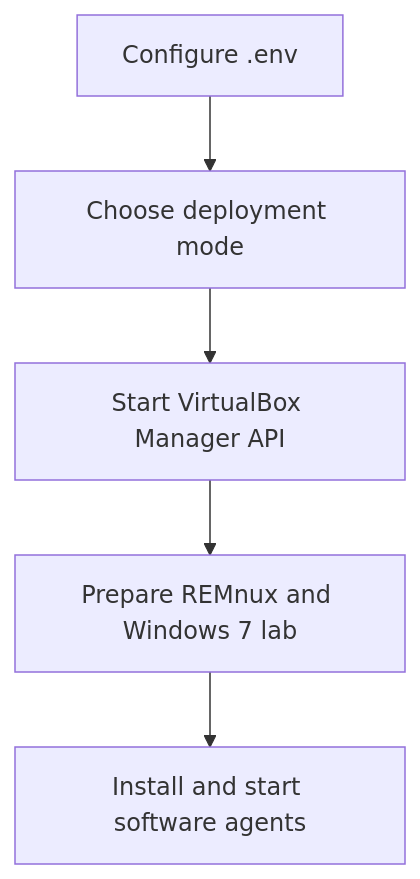
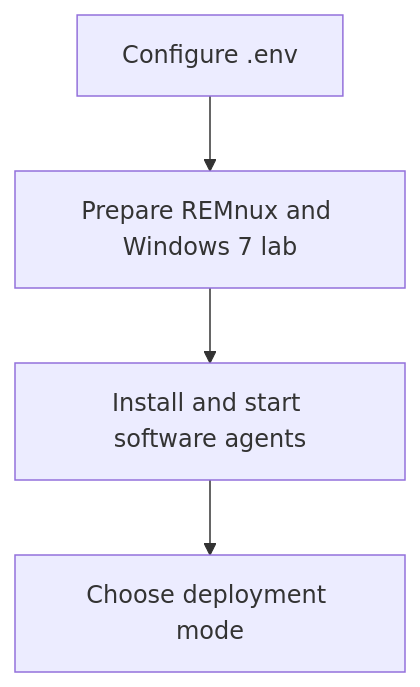
One commit to pablo-972/AIM changed the diagram in docs/getting-started/README.md. Above: the diagram before and after it, drawn with Mermaid. The commit also changed other lines of this file and 11 other files, not shown here.

````diff
--- a/docs/getting-started/README.md
+++ b/docs/getting-started/README.md
@@ -14,7 +13,6 @@
 ```mermaid
 flowchart TD
-    Config[Configure .env] --> Deploy[Choose deployment mode]
-    Deploy --> VBox[Start VirtualBox Manager API]
-    VBox --> Lab[Prepare REMnux and Windows 7 lab]
+    Config[Configure .env] --> Lab[Prepare REMnux and Windows 7 lab]
     Lab --> Agents[Install and start software agents]
+    Agents --> Deploy[Choose deployment mode]
 ```
````
